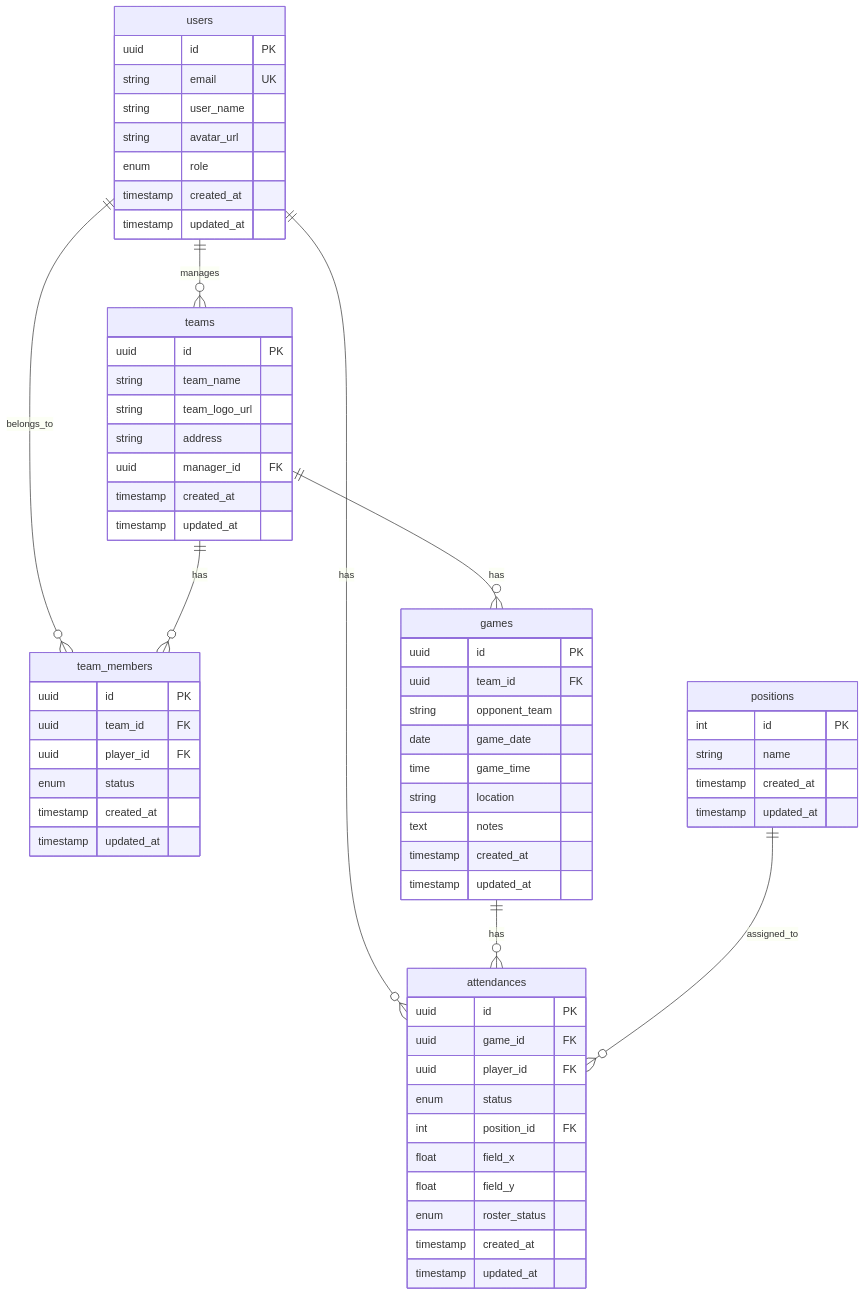
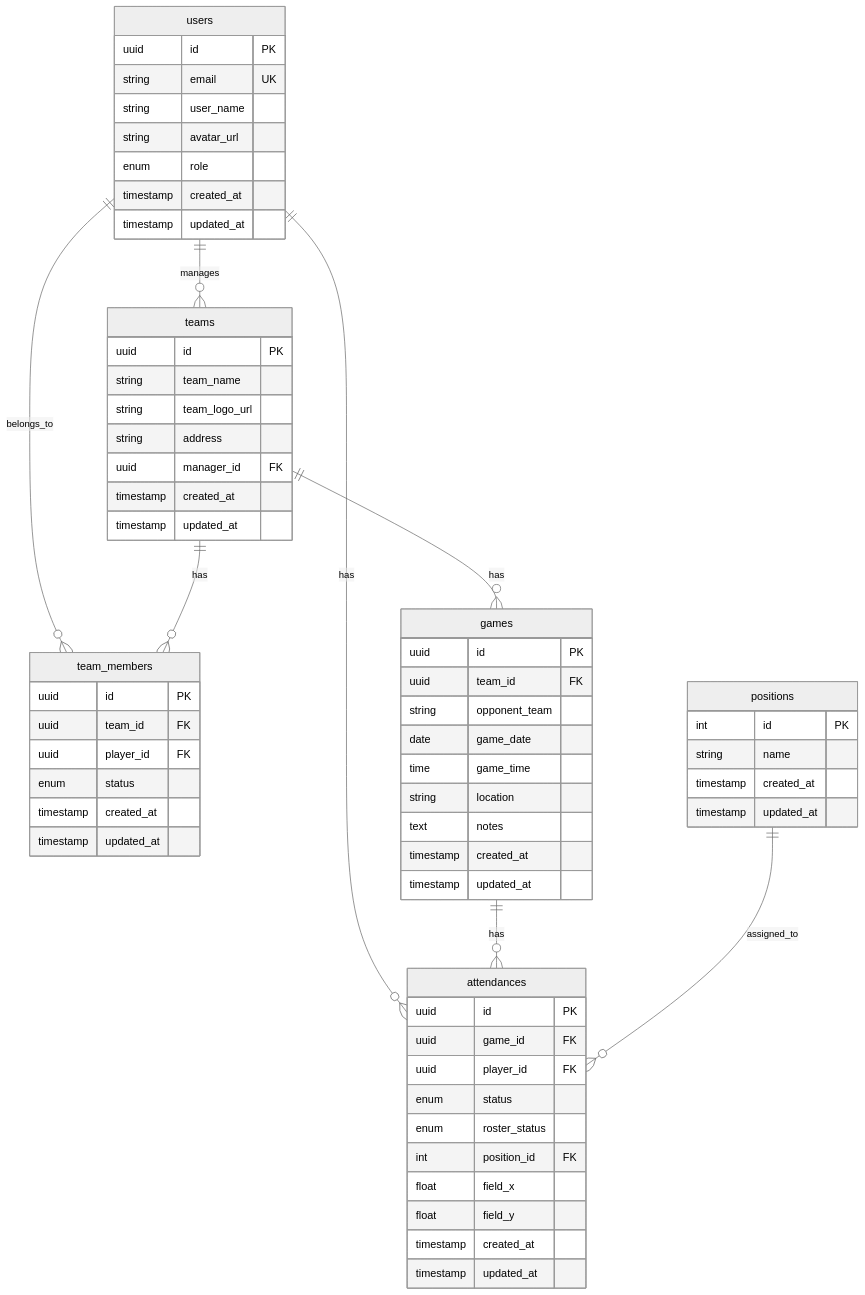
The first of 4 diagrams in docs/design/03_データベース設計.md (tsubasayamamoto322/matchmate), drawn with Mermaid before and after one commit. The commit also changed other lines of this file, not shown here.

````diff
--- a/docs/design/03_データベース設計.md
+++ b/docs/design/03_データベース設計.md
@@ -5,71 +5,72 @@
 ```mermaid
 erDiagram
+    %%{init: {'theme': 'neutral'}}%%
     users ||--o{ teams : "manages"
     users ||--o{ team_members : "belongs_to"
     users ||--o{ attendances : "has"
     teams ||--o{ team_members : "has"
     teams ||--o{ games : "has"
     games ||--o{ attendances : "has"
     positions ||--o{ attendances : "assigned_to"
 
     users {
         uuid id PK
         string email UK
         string user_name
         string avatar_url
         enum role
         timestamp created_at
         timestamp updated_at
     }
 
     teams {
         uuid id PK
         string team_name
         string team_logo_url
         string address
         uuid manager_id FK
         timestamp created_at
         timestamp updated_at
     }
 
     team_members {
         uuid id PK
         uuid team_id FK
         uuid player_id FK
         enum status
         timestamp created_at
         timestamp updated_at
     }
 
     games {
         uuid id PK
         uuid team_id FK
         string opponent_team
         date game_date
         time game_time
         string location
         text notes
         timestamp created_at
         timestamp updated_at
     }
 
     attendances {
         uuid id PK
         uuid game_id FK
         uuid player_id FK
         enum status
+        enum roster_status
         int position_id FK
         float field_x
         float field_y
-        enum roster_status
         timestamp created_at
         timestamp updated_at
     }
 
     positions {
         int id PK
         string name
         timestamp created_at
         timestamp updated_at
     }
 ```
````
